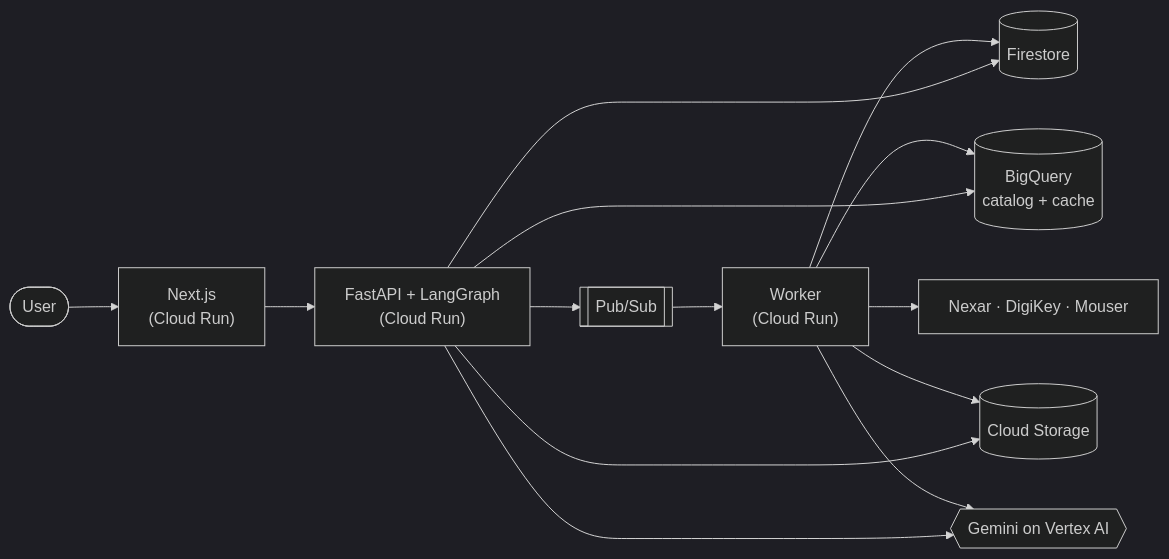
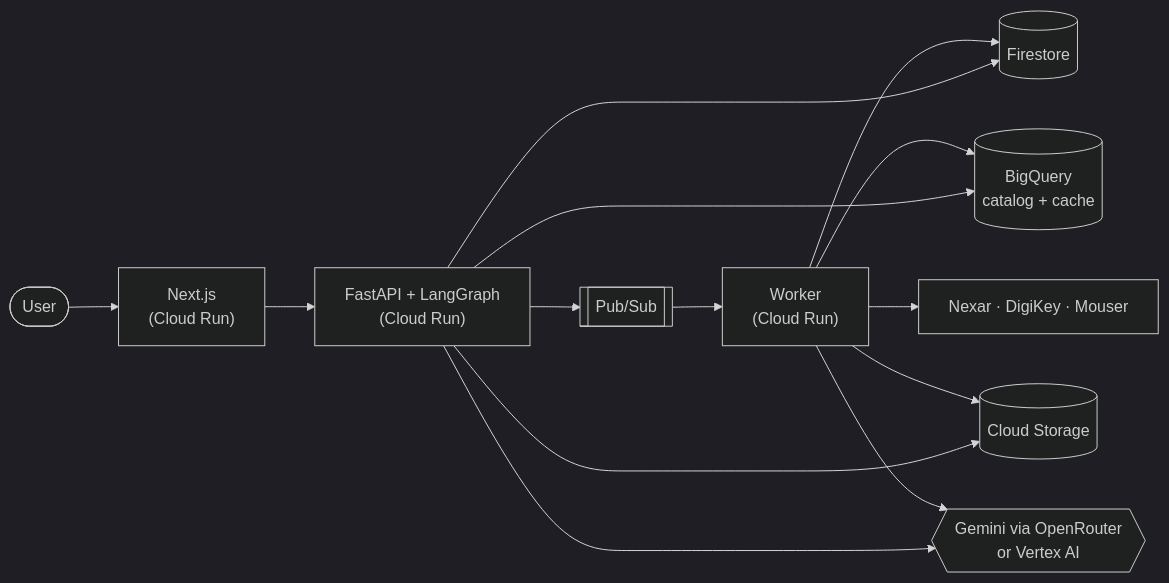
Before and after one commit to thorathharish/QuoteLens: the diagram in README.md, drawn with Mermaid (dark theme). The commit also changed other lines of this file and 4 other files, not shown here.

First line of the commit message:
feat(infra): deploy with Gemini through OpenRouter by default

````diff
--- a/README.md
+++ b/README.md
@@ -37,11 +37,11 @@
 ```mermaid
 flowchart LR
   user([User]) --> web["Next.js<br/>(Cloud Run)"]
   web --> api["FastAPI + LangGraph<br/>(Cloud Run)"]
   api --> ps[[Pub/Sub]] --> worker["Worker<br/>(Cloud Run)"]
   api & worker --> fs[(Firestore)]
   api & worker --> bq[(BigQuery<br/>catalog + cache)]
   api & worker --> gcs[(Cloud Storage)]
-  api & worker --> vx{{Gemini on Vertex AI}}
+  api & worker --> vx{{Gemini via OpenRouter<br/>or Vertex AI}}
   worker --> dist[Nexar · DigiKey · Mouser]
 ```
````
